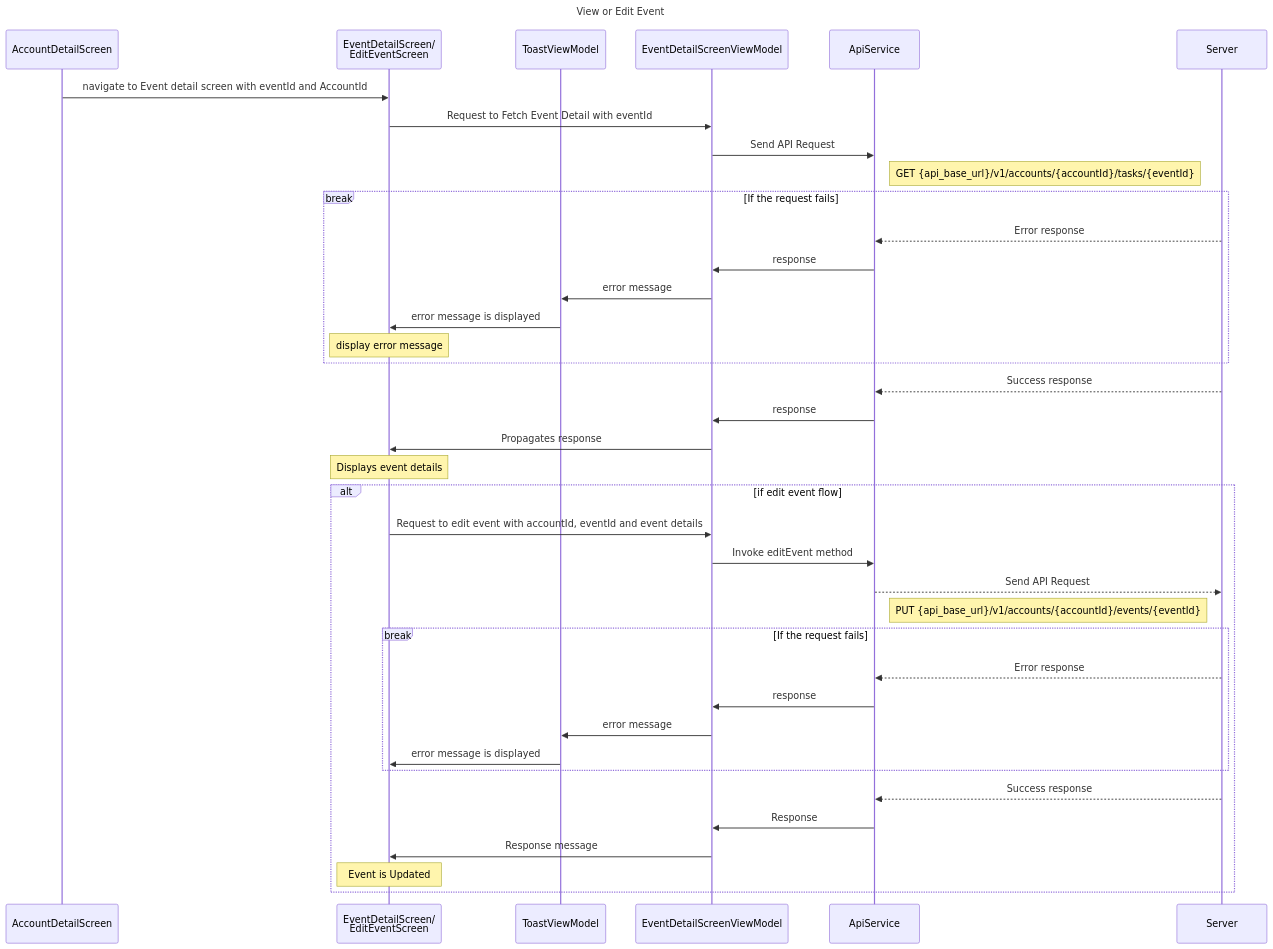
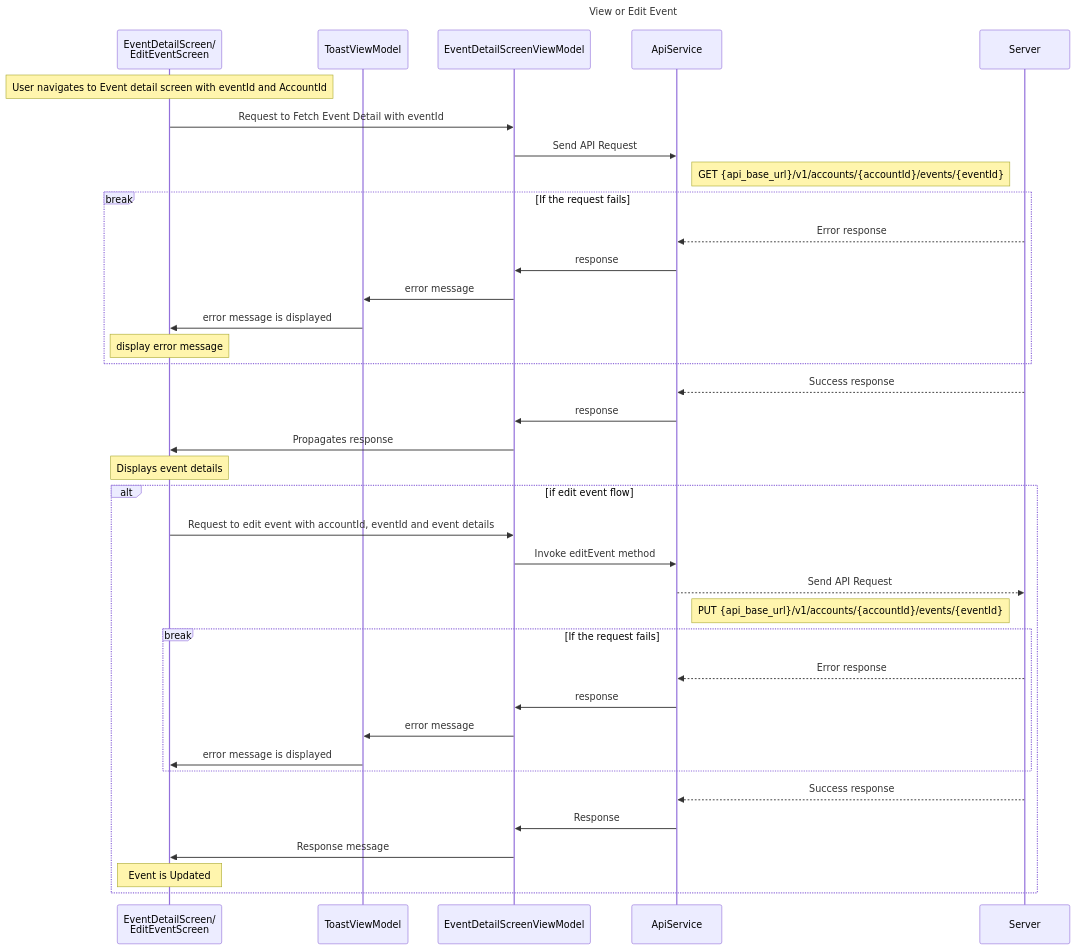
Before and after one commit to TrueSparrowSystems/AI-SalesSparrow-Docs: the diagram in flowDiagrams/IOS/EventDetailScreen.mermaid, drawn with Mermaid. The commit also changed 3 other files, not shown here.

```diff
--- a/flowDiagrams/IOS/EventDetailScreen.mermaid
+++ b/flowDiagrams/IOS/EventDetailScreen.mermaid
@@ -1,47 +1,46 @@
 sequenceDiagram
     title View or Edit Event
 
-    participant ADS as AccountDetailScreen
     participant EDS as EventDetailScreen/<br>EditEventScreen
     participant TVM as ToastViewModel
     participant EDSVM as EventDetailScreenViewModel
     participant AS as ApiService
     participant S as Server
 
 
-    ADS ->> EDS: navigate to Event detail screen with eventId and AccountId
+    note over EDS: User navigates to Event detail screen with eventId and AccountId
     EDS ->> EDSVM: Request to Fetch Event Detail with eventId
     EDSVM ->> AS: Send API Request
-    note right of AS: GET {api_base_url}/v1/accounts/{accountId}/tasks/{eventId}
+    note right of AS: GET {api_base_url}/v1/accounts/{accountId}/events/{eventId}
 
     break If the request fails
         S-->>AS: Error response
         AS->>EDSVM: response
         EDSVM->>TVM: error message
         TVM->>EDS: error message is displayed
         note over EDS: display error message
     end
 
     S-->>AS: Success response
     AS->>EDSVM: response
     EDSVM->>EDS: Propagates response
     note over EDS: Displays event details
 
     alt if edit event flow
         EDS->>EDSVM: Request to edit event with accountId, eventId and event details
         EDSVM->>AS: Invoke editEvent method
         AS-->>S: Send API Request
         note right of AS: PUT {api_base_url}/v1/accounts/{accountId}/events/{eventId}
 
         break If the request fails
             S-->>AS: Error response
             AS->>EDSVM: response
             EDSVM->>TVM: error message
             TVM->>EDS: error message is displayed
         end
 
         S-->>AS: Success response
         AS->>EDSVM: Response
         EDSVM->>EDS: Response message
         note over EDS: Event is Updated
     end
```
